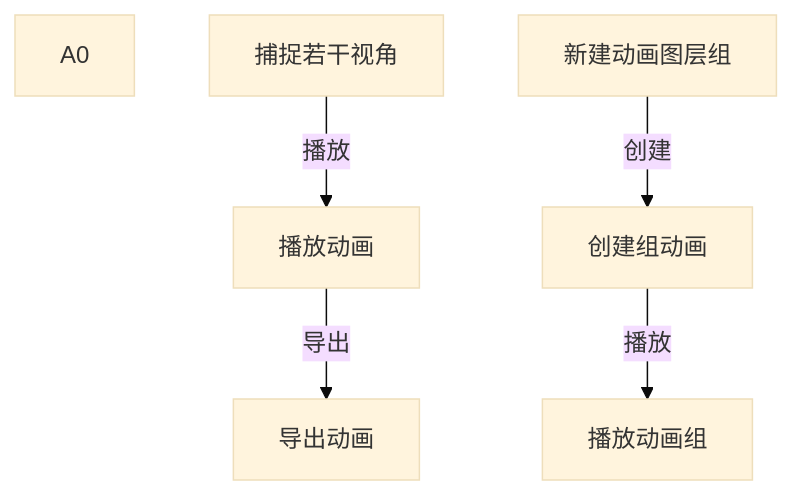
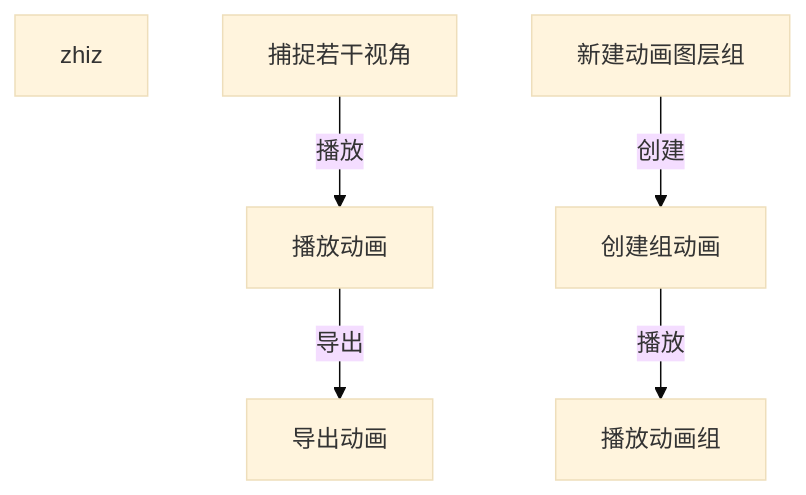
Before and after one commit to newguser/iodraw-files: the diagram in all/未命名.md, drawn with Mermaid (base theme).

Commit message:
2025-02-27 22:03:00 update

````diff
--- a/all/未命名.md
+++ b/all/未命名.md
@@ -1,10 +1,10 @@
 ```mermaid
 graph TD
-        A0
+        A0[zhiz]
         A[捕捉若干视角] -->|播放| B[播放动画]
         B -->|导出| C[导出动画]
 
         D[新建动画图层组] -->|创建| E[创建组动画]
         E -->|播放| F[播放动画组]
 
 ```
````
